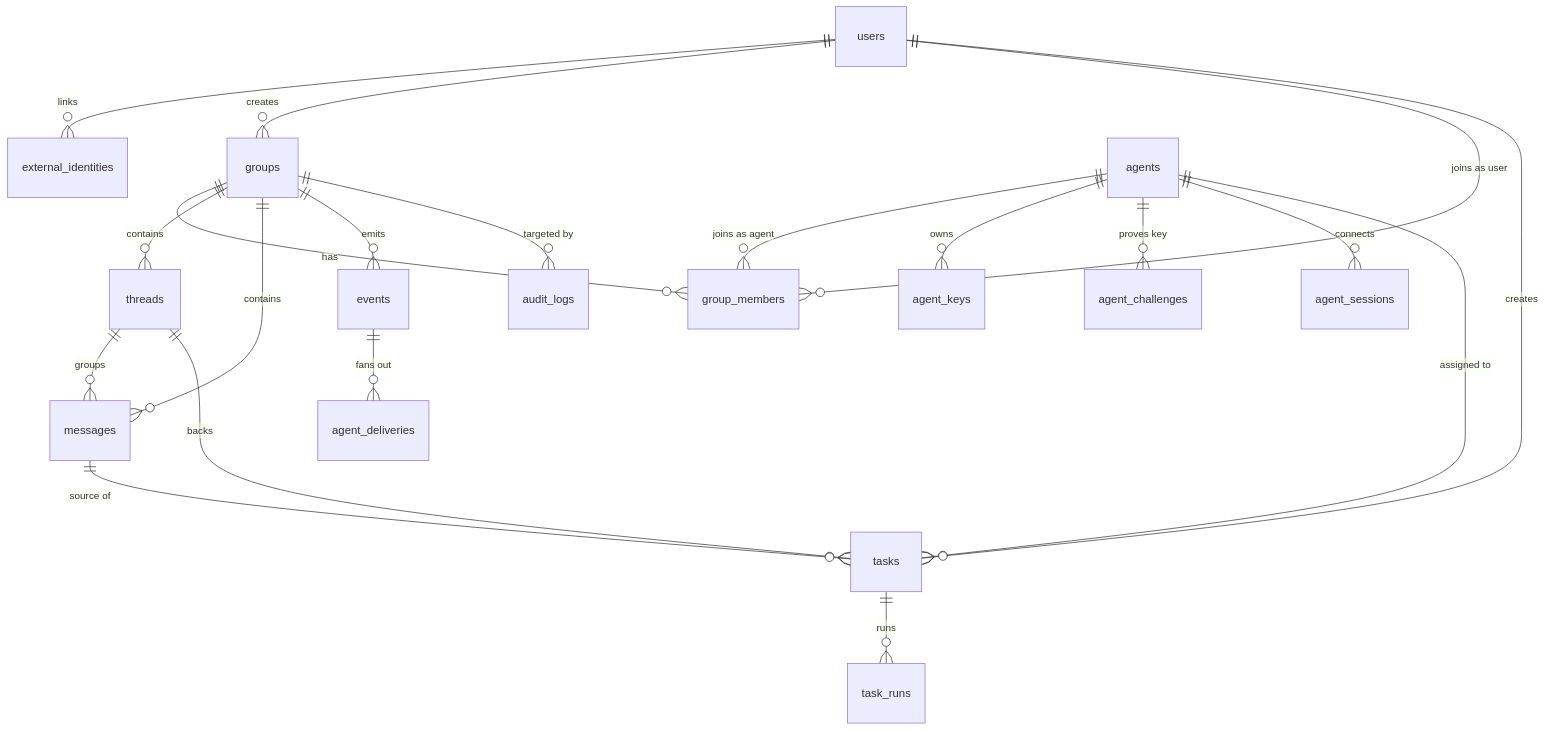
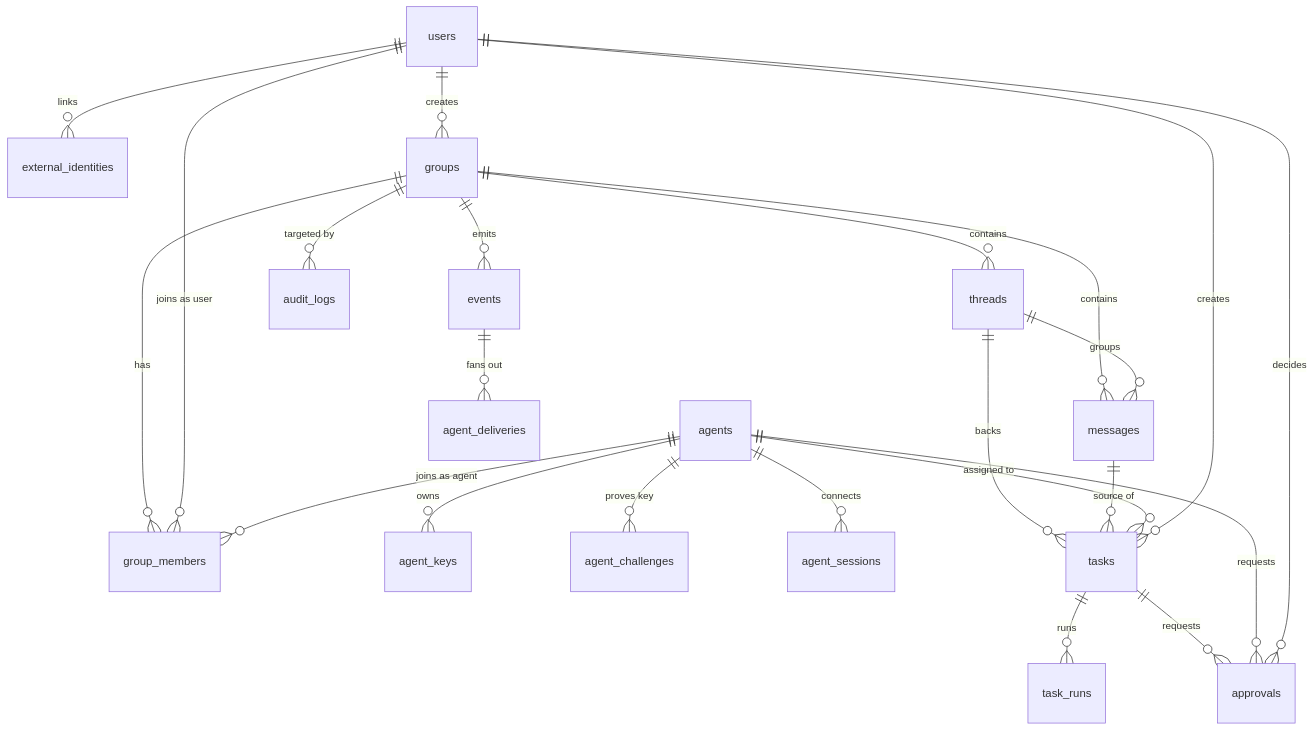
The diagram in docs/DATABASE.md (wwppyicn21/agent-room), drawn with Mermaid before and after one commit. The commit also changed other lines of this file and 27 other files, not shown here.

````diff
--- a/docs/DATABASE.md
+++ b/docs/DATABASE.md
@@ -25,22 +25,25 @@
 ```mermaid
 erDiagram
     users ||--o{ external_identities : "links"
     users ||--o{ groups : "creates"
     groups ||--o{ group_members : "has"
     users ||--o{ group_members : "joins as user"
     agents ||--o{ group_members : "joins as agent"
     agents ||--o{ agent_keys : "owns"
     agents ||--o{ agent_challenges : "proves key"
     agents ||--o{ agent_sessions : "connects"
     groups ||--o{ threads : "contains"
     groups ||--o{ messages : "contains"
     threads ||--o{ messages : "groups"
     threads ||--o{ tasks : "backs"
     messages ||--o{ tasks : "source of"
     tasks ||--o{ task_runs : "runs"
+    tasks ||--o{ approvals : "requests"
     agents ||--o{ tasks : "assigned to"
+    agents ||--o{ approvals : "requests"
+    users ||--o{ approvals : "decides"
     groups ||--o{ events : "emits"
     events ||--o{ agent_deliveries : "fans out"
     users ||--o{ tasks : "creates"
     groups ||--o{ audit_logs : "targeted by"
 ```
````
